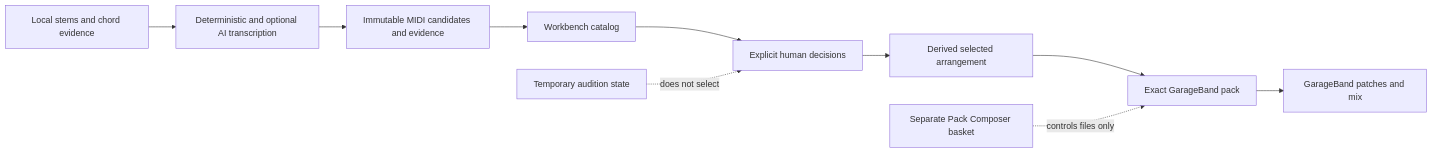
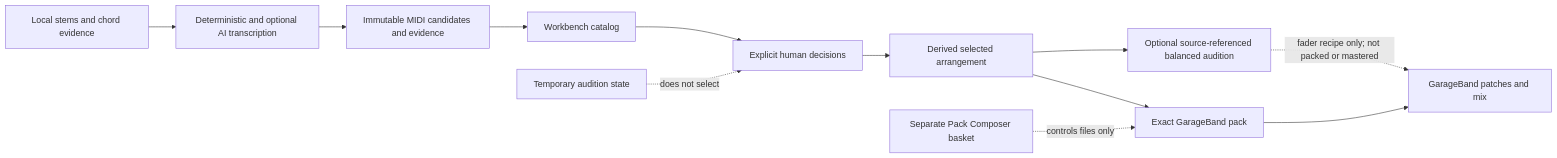
The diagram in docs/TECHNICAL_TOUR.md (N9-Developer-Empowerment/sunofriend), drawn with Mermaid before and after one commit. The commit also changed other lines of this file and 24 other files, not shown here.

````diff
--- a/docs/TECHNICAL_TOUR.md
+++ b/docs/TECHNICAL_TOUR.md
@@ -15,13 +15,15 @@
 ```mermaid
 flowchart LR
     A["Local stems and chord evidence"] --> B["Deterministic and optional AI transcription"]
     B --> C["Immutable MIDI candidates and evidence"]
     C --> D["Workbench catalog"]
     D --> E["Explicit human decisions"]
     E --> F["Derived selected arrangement"]
     F --> G["Exact GarageBand pack"]
     G --> H["GarageBand patches and mix"]
 
     I["Temporary audition state"] -. "does not select" .-> E
     J["Separate Pack Composer basket"] -. "controls files only" .-> G
+    F --> K["Optional source-referenced balanced audition"]
+    K -. "fader recipe only; not packed or mastered" .-> H
 ```
````
